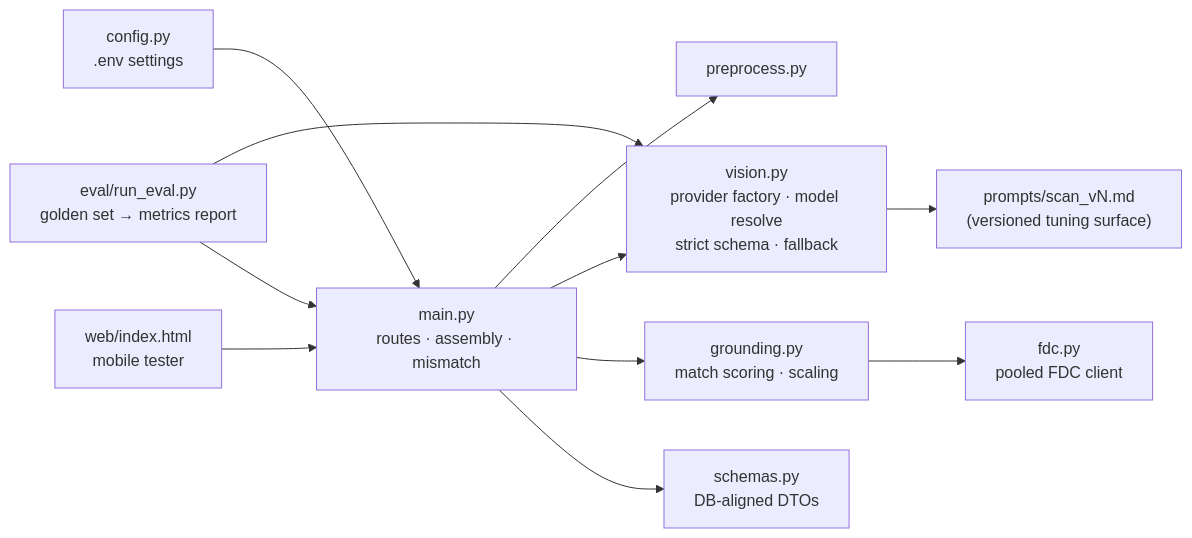
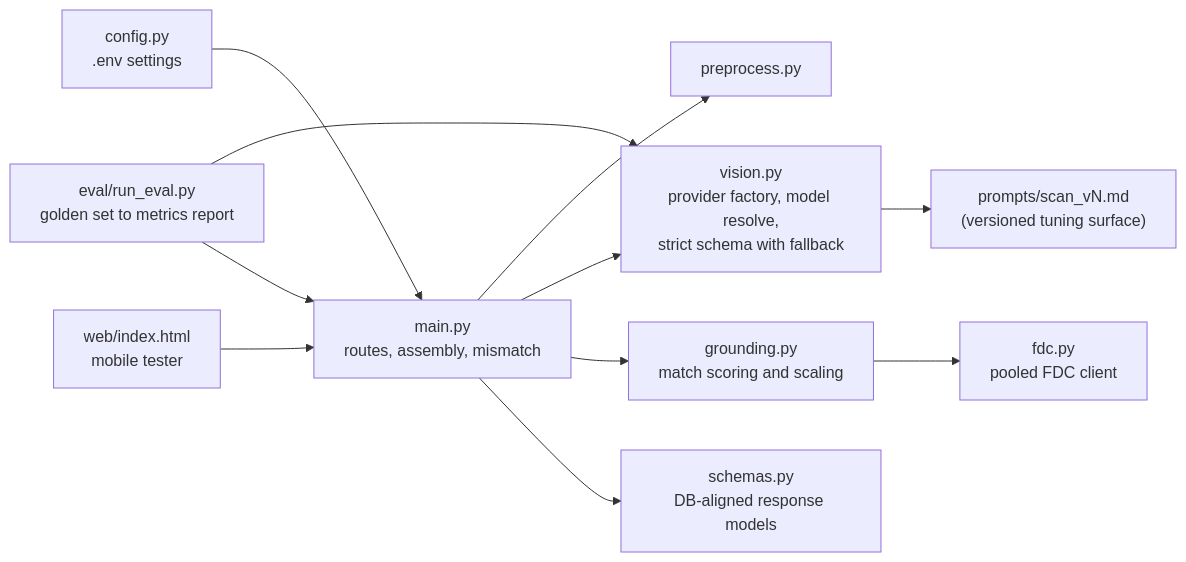
The fourth of 4 diagrams in ARCHITECTURE.md (ashutoshanandmehta/Riva-Snap), drawn with Mermaid before and after one commit. The commit also changed other lines of this file and 1 other file, not shown here.

Commit message:
Rewrite architecture doc in plain prose

````diff
--- a/ARCHITECTURE.md
+++ b/ARCHITECTURE.md
@@ -122,13 +97,13 @@
 ```mermaid
 flowchart LR
     CFG["config.py<br/>.env settings"] --> MAIN
-    MAIN["main.py<br/>routes · assembly · mismatch"] --> PRE["preprocess.py"]
-    MAIN --> VIS["vision.py<br/>provider factory · model resolve<br/>strict schema · fallback"]
-    MAIN --> GRO["grounding.py<br/>match scoring · scaling"]
+    MAIN["main.py<br/>routes, assembly, mismatch"] --> PRE["preprocess.py"]
+    MAIN --> VIS["vision.py<br/>provider factory, model resolve,<br/>strict schema with fallback"]
+    MAIN --> GRO["grounding.py<br/>match scoring and scaling"]
     GRO --> FDCC["fdc.py<br/>pooled FDC client"]
-    MAIN --> SCH["schemas.py<br/>DB-aligned DTOs"]
+    MAIN --> SCH["schemas.py<br/>DB-aligned response models"]
     VIS --> PR["prompts/scan_vN.md<br/>(versioned tuning surface)"]
-    EVAL["eval/run_eval.py<br/>golden set → metrics report"] --> VIS
+    EVAL["eval/run_eval.py<br/>golden set to metrics report"] --> VIS
     EVAL --> MAIN
     WEBT["web/index.html<br/>mobile tester"] --> MAIN
 ```
````
